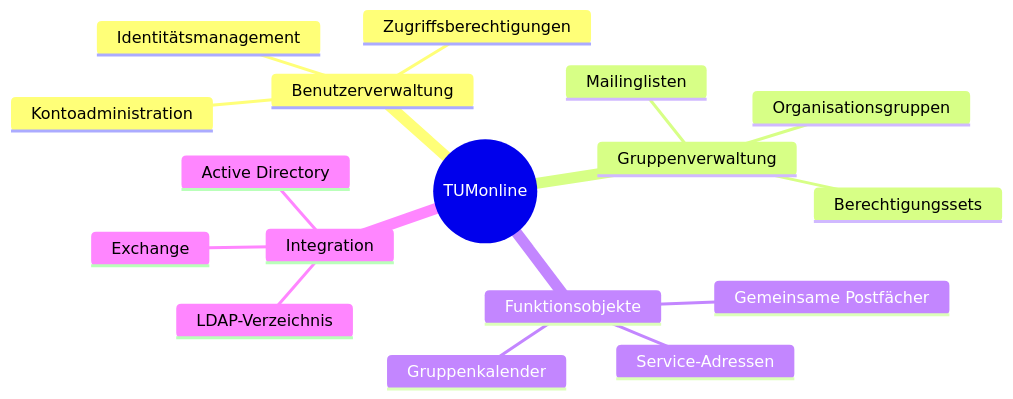
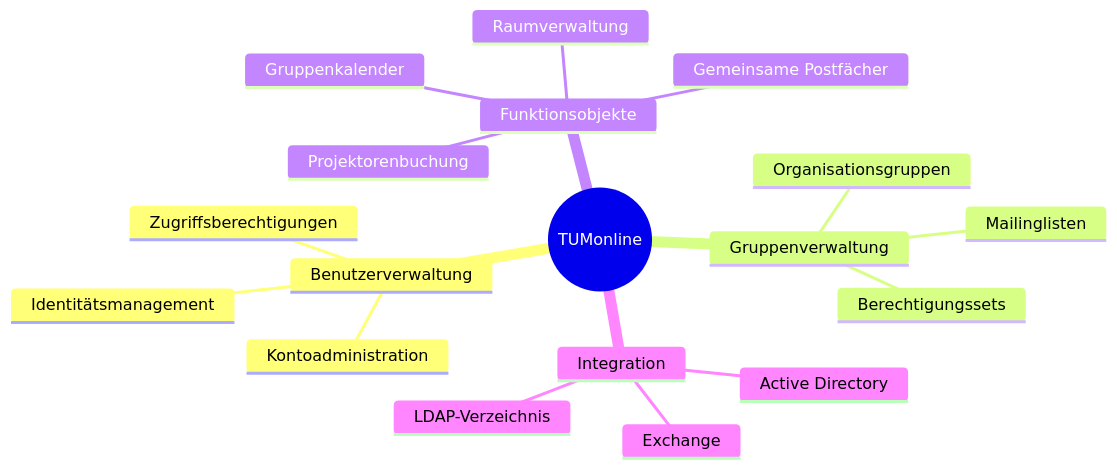
One commit to jtimo/tum-ito-admin-guide changed the first of 7 diagrams in de/chapters/03-benutzerverwaltung.qmd. Above: the diagram before and after it, drawn with Mermaid. The commit also changed other lines of this file and 7 other files, not shown here.

````diff
--- a/de/chapters/03-benutzerverwaltung.qmd
+++ b/de/chapters/03-benutzerverwaltung.qmd
@@ -21,21 +43,22 @@
 ```{mermaid}
 %%| fig-cap: "TUMonline Kernfunktionen für IT-Admins"
 mindmap
     root((TUMonline))
         Benutzerverwaltung
             Kontoadministration
             Zugriffsberechtigungen
             Identitätsmanagement
         Gruppenverwaltung
             Organisationsgruppen
             Mailinglisten
             Berechtigungssets
         Funktionsobjekte
             Gemeinsame Postfächer
             Gruppenkalender
-            Service-Adressen
+            Raumverwaltung
+            Projektorenbuchung
         Integration
             LDAP-Verzeichnis
             Active Directory
             Exchange
 ```
````
